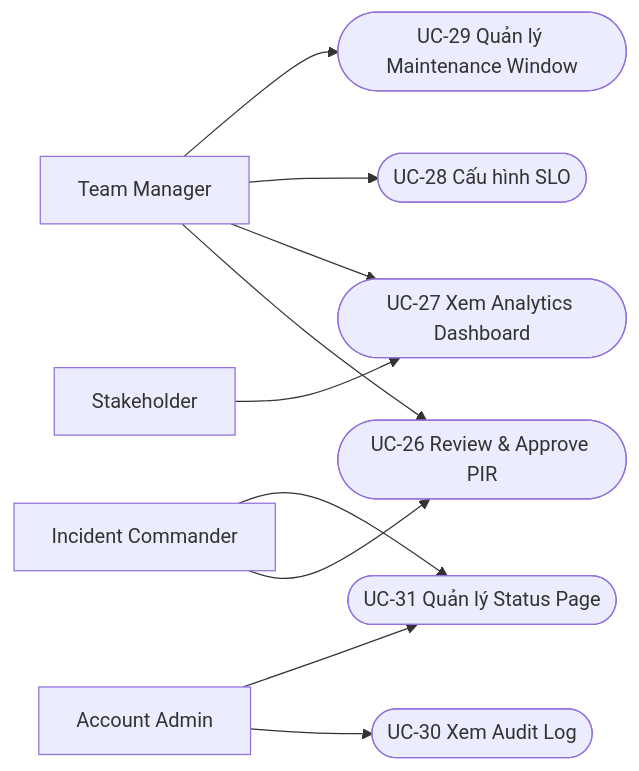
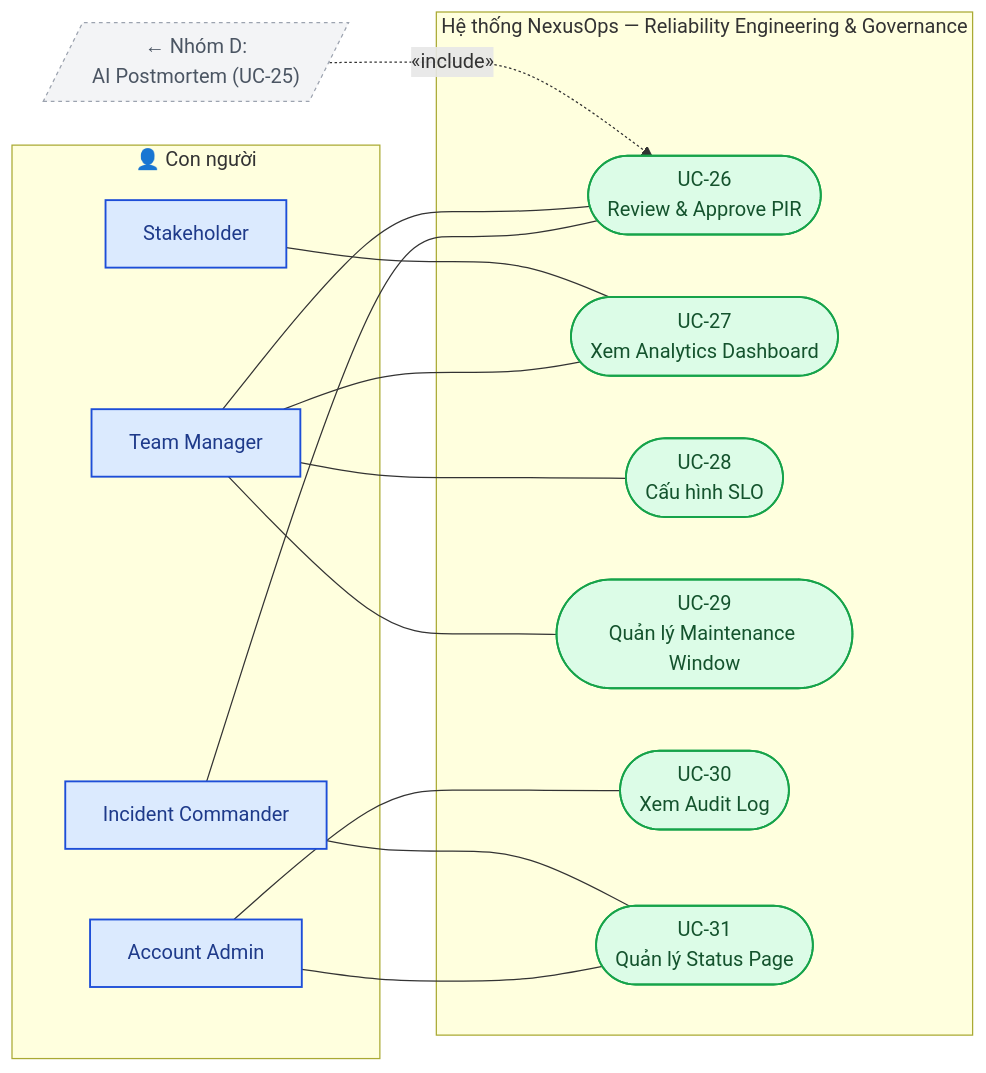
One commit to NguyenBao0305/Intelligent-Incident-Reliability-Operations-Platform changed the sixth of 12 diagrams in README.md. Above: the diagram before and after it, drawn with Mermaid. The commit also changed other lines of this file, not shown here.

````diff
--- a/README.md
+++ b/README.md
@@ -651,17 +755,39 @@
 ```mermaid
 flowchart LR
-    Commander[Incident Commander]
-    TeamManager[Team Manager]
-    AccountAdmin[Account Admin]
-    Stakeholder[Stakeholder]
+    subgraph ACTORS_E["👤 Con người"]
+        Commander3[Incident Commander]
+        TeamManagerE[Team Manager]
+        AccountAdmin2[Account Admin]
+        Stakeholder2[Stakeholder]
+    end
 
-    Commander --> UC26([UC-26 Review & Approve PIR])
-    TeamManager --> UC26
-    TeamManager --> UC27([UC-27 Xem Analytics Dashboard])
-    Stakeholder --> UC27
-    TeamManager --> UC28([UC-28 Cấu hình SLO])
-    TeamManager --> UC29([UC-29 Quản lý Maintenance Window])
-    AccountAdmin --> UC30([UC-30 Xem Audit Log])
-    AccountAdmin --> UC31([UC-31 Quản lý Status Page])
-    Commander --> UC31
+    subgraph SYS_E["Hệ thống NexusOps — Reliability Engineering & Governance"]
+        UC26(["UC-26<br/>Review & Approve PIR"])
+        UC27(["UC-27<br/>Xem Analytics Dashboard"])
+        UC28(["UC-28<br/>Cấu hình SLO"])
+        UC29(["UC-29<br/>Quản lý Maintenance Window"])
+        UC30(["UC-30<br/>Xem Audit Log"])
+        UC31(["UC-31<br/>Quản lý Status Page"])
+    end
+
+    REF_PM2[/"← Nhóm D:<br/>AI Postmortem (UC-25)"/]
+
+    Commander3 --- UC26
+    TeamManagerE --- UC26
+    TeamManagerE --- UC27
+    Stakeholder2 --- UC27
+    TeamManagerE --- UC28
+    TeamManagerE --- UC29
+    AccountAdmin2 --- UC30
+    AccountAdmin2 --- UC31
+    Commander3 --- UC31
+
+    REF_PM2 -.->|"«include»"| UC26
+
+    classDef actorHuman fill:#dbeafe,stroke:#1d4ed8,stroke-width:1.5px,color:#1e3a8a
+    classDef usecase fill:#dcfce7,stroke:#16a34a,stroke-width:1.5px,color:#14532d
+    classDef refNode fill:#f3f4f6,stroke:#9ca3af,stroke-width:1px,stroke-dasharray: 3 3,color:#4b5563
+    class Commander3,TeamManagerE,AccountAdmin2,Stakeholder2 actorHuman
+    class UC26,UC27,UC28,UC29,UC30,UC31 usecase
+    class REF_PM2 refNode
 ```
````
